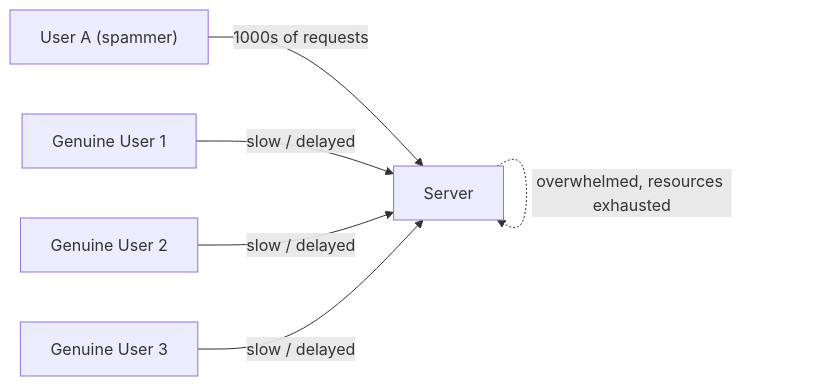
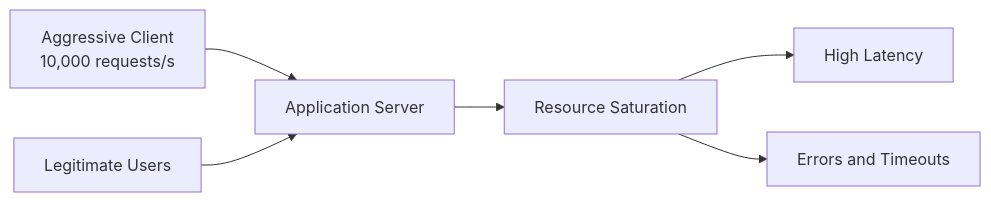
The first of 9 diagrams in 12_Rate_limiting/README.md (HARRISAMIN432/system-design-hld), drawn with Mermaid before and after one commit. The commit also changed other lines of this file and 11 other files, not shown here.

````diff
--- a/12_Rate_limiting/README.md
+++ b/12_Rate_limiting/README.md
@@ -35,8 +78,8 @@
 ```mermaid
 flowchart LR
-    A["User A (spammer)"] -- "1000s of requests" --> S["Server"]
-    B["Genuine User 1"] -- "slow / delayed" --> S
-    C["Genuine User 2"] -- "slow / delayed" --> S
-    D["Genuine User 3"] -- "slow / delayed" --> S
-    S -. "overwhelmed, resources exhausted" .-> S
+    A["Aggressive Client<br/>10,000 requests/s"] --> S["Application Server"]
+    B["Legitimate Users"] --> S
+    S --> O["Resource Saturation"]
+    O --> L["High Latency"]
+    O --> E["Errors and Timeouts"]
 ```
````
